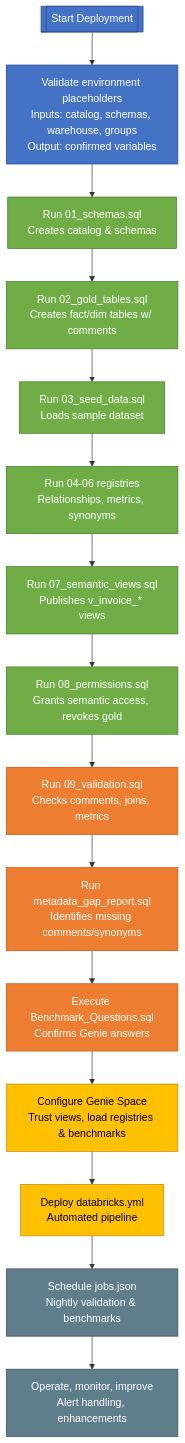
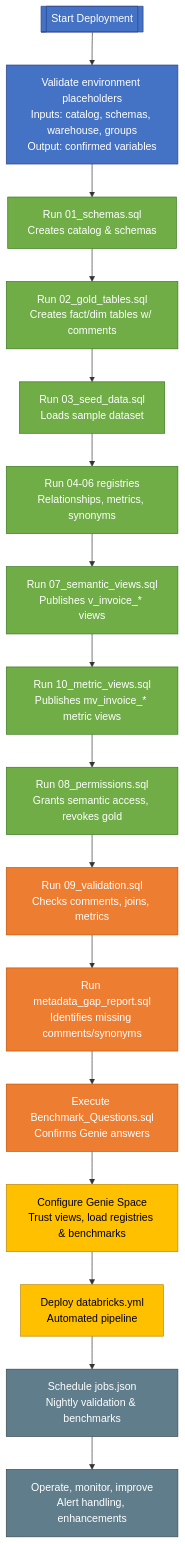
The diagram in invoice_semantic_layer/docs/05_DEPLOYMENT_FLOW_DETAILS.md (adarch-gif/semantic_layer_poc), drawn with Mermaid before and after one commit. The commit also changed other lines of this file and 14 other files, not shown here.

Commit message:
Add Databricks metric views and documentation

````diff
--- a/invoice_semantic_layer/docs/05_DEPLOYMENT_FLOW_DETAILS.md
+++ b/invoice_semantic_layer/docs/05_DEPLOYMENT_FLOW_DETAILS.md
@@ -4,41 +4,43 @@
 ```mermaid
 graph TD
   classDef prep fill:#4472c4,color:#ffffff,stroke:#27408b
   classDef build fill:#70ad47,color:#ffffff,stroke:#38761d
   classDef validate fill:#ed7d31,color:#ffffff,stroke:#c15100
   classDef launch fill:#ffc000,color:#000000,stroke:#b8860b
   classDef operate fill:#607d8b,color:#ffffff,stroke:#37474f
 
   Start[[Start Deployment]]:::prep
   Env[Validate environment placeholders
 Inputs: catalog, schemas, warehouse, groups
 Output: confirmed variables]:::prep
   Schemas[Run 01_schemas.sql
 Creates catalog & schemas]:::build
   GoldTables[Run 02_gold_tables.sql
 Creates fact/dim tables w/ comments]:::build
   SeedData[Run 03_seed_data.sql
 Loads sample dataset]:::build
   Registries[Run 04-06 registries
 Relationships, metrics, synonyms]:::build
   Views[Run 07_semantic_views.sql
 Publishes v_invoice_* views]:::build
+  MetricViews[Run 10_metric_views.sql
+Publishes mv_invoice_* metric views]:::build
   Permissions[Run 08_permissions.sql
 Grants semantic access, revokes gold]:::build
   Validation[Run 09_validation.sql
 Checks comments, joins, metrics]:::validate
   GapReport[Run metadata_gap_report.sql
 Identifies missing comments/synonyms]:::validate
   Benchmarks[Execute Benchmark_Questions.sql
 Confirms Genie answers]:::validate
   Genie[Configure Genie Space
 Trust views, load registries & benchmarks]:::launch
   DAB[Deploy databricks.yml
 Automated pipeline]:::launch
   Jobs[Schedule jobs.json
 Nightly validation & benchmarks]:::operate
   Operate[Operate, monitor, improve
 Alert handling, enhancements]:::operate
 
-  Start --> Env --> Schemas --> GoldTables --> SeedData --> Registries --> Views --> Permissions --> Validation --> GapReport --> Benchmarks --> Genie --> DAB --> Jobs --> Operate
+  Start --> Env --> Schemas --> GoldTables --> SeedData --> Registries --> Views --> MetricViews --> Permissions --> Validation --> GapReport --> Benchmarks --> Genie --> DAB --> Jobs --> Operate
 ```
````
